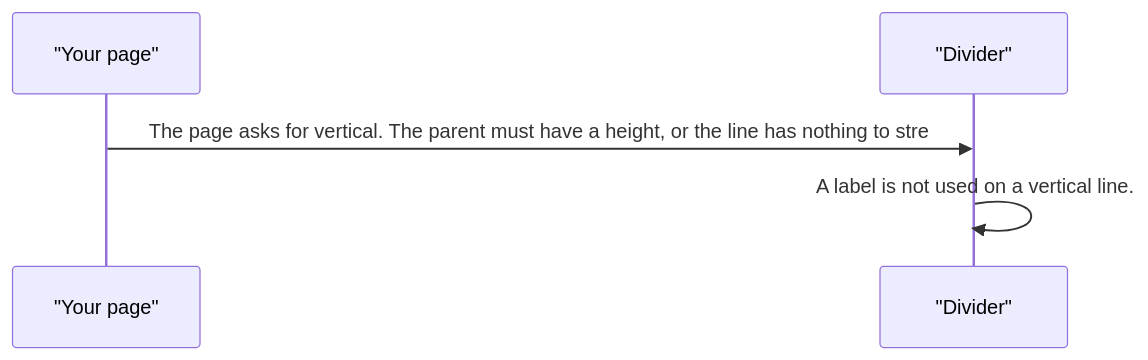
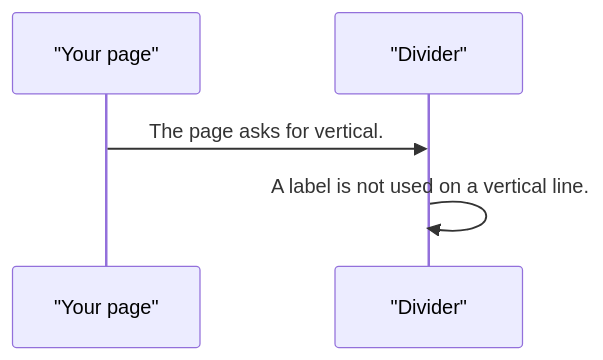
One commit to RajshekharBorate/pixel-ui changed the third of 4 diagrams in projects/pixel-ui/src/lib/pixel-divider/DESIGN.md. Above: the diagram before and after it, drawn with Mermaid. The commit also changed other lines of this file and 80 other files, not shown here.

Commit message:
Fill missing design flows and correct the stories that did not match component behavior.

````diff
--- a/projects/pixel-ui/src/lib/pixel-divider/DESIGN.md
+++ b/projects/pixel-ui/src/lib/pixel-divider/DESIGN.md
@@ -61,7 +61,7 @@
 ```mermaid
 sequenceDiagram
   participant page as "Your page"
   participant line as "Divider"
-  page->>line: The page asks for vertical. The parent must have a height, or the line has nothing to stre
+  page->>line: The page asks for vertical.
   line->>line: A label is not used on a vertical line.
 ```
````
